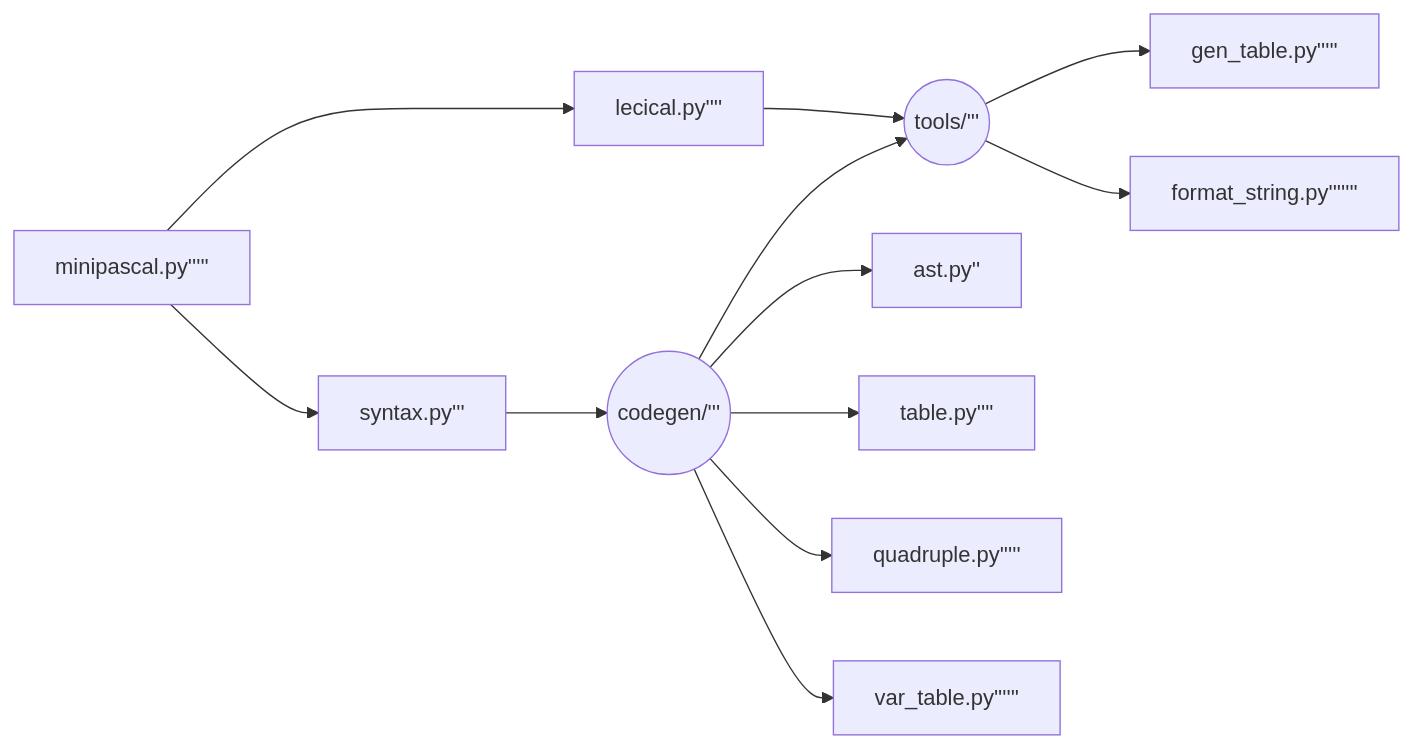
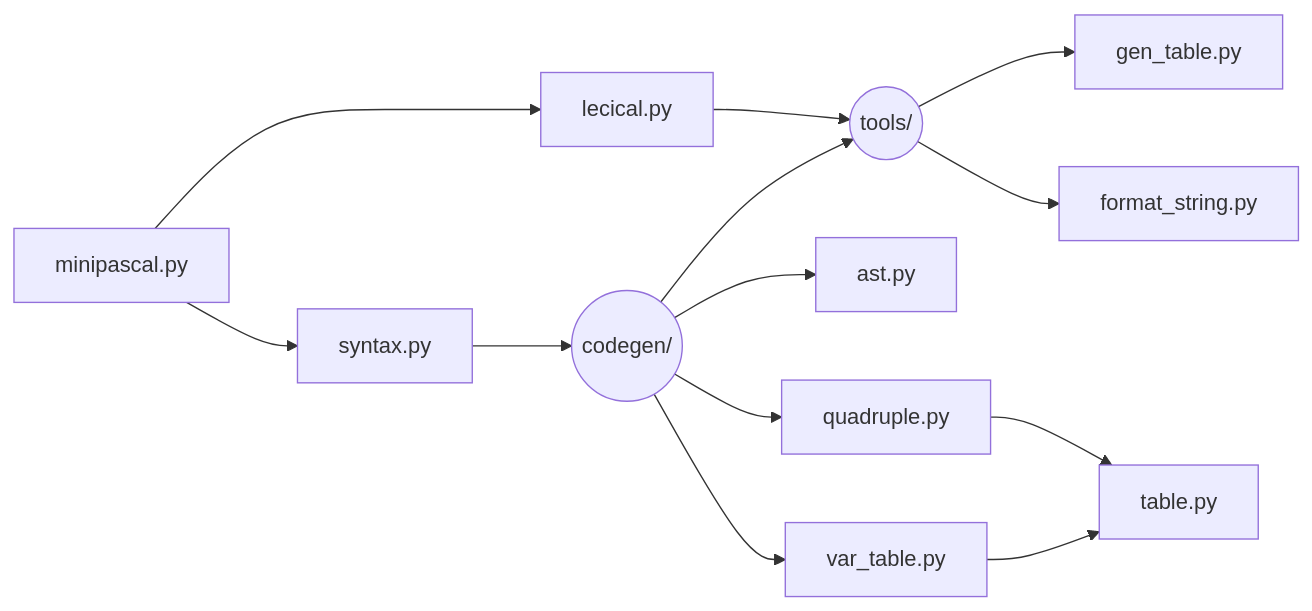
One commit to stevexyh/Compiler-Course changed the diagram in docs/images.md. Above: the diagram before and after it, drawn with Mermaid.

Commit message:
docs(docs): Edited structure graph

````diff
--- a/docs/images.md
+++ b/docs/images.md
@@ -3,12 +3,12 @@
 ```mermaid
 graph LR
-    A[minipascal.py''''']-->B[lecical.py'''']-->D((tools/'''))
-    A-->C[syntax.py''']-->G((codegen/'''))
-    D-->E[gen_table.py''''']
-    D-->F[format_string.py''''''']
-    G-->H[ast.py'']
-    G-->J[table.py'''']
-    G-->I[quadruple.py''''']
-    G-->K[var_table.py'''''']
+    A[minipascal.py]-->B[lecical.py]-->D((tools/))
+    A-->C[syntax.py]-->G((codegen/))
+    D-->E[gen_table.py]
+    D-->F[format_string.py]
+    G-->H[ast.py]
+    J[table.py]
+    G-->I[quadruple.py]-->J
+    G-->K[var_table.py]-->J
     G-->D
 ```
````
